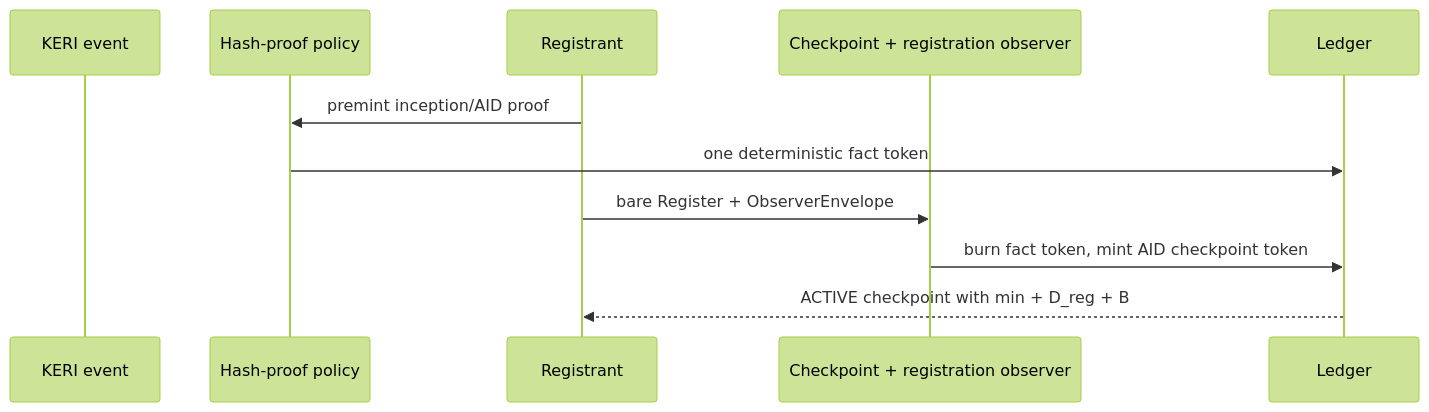
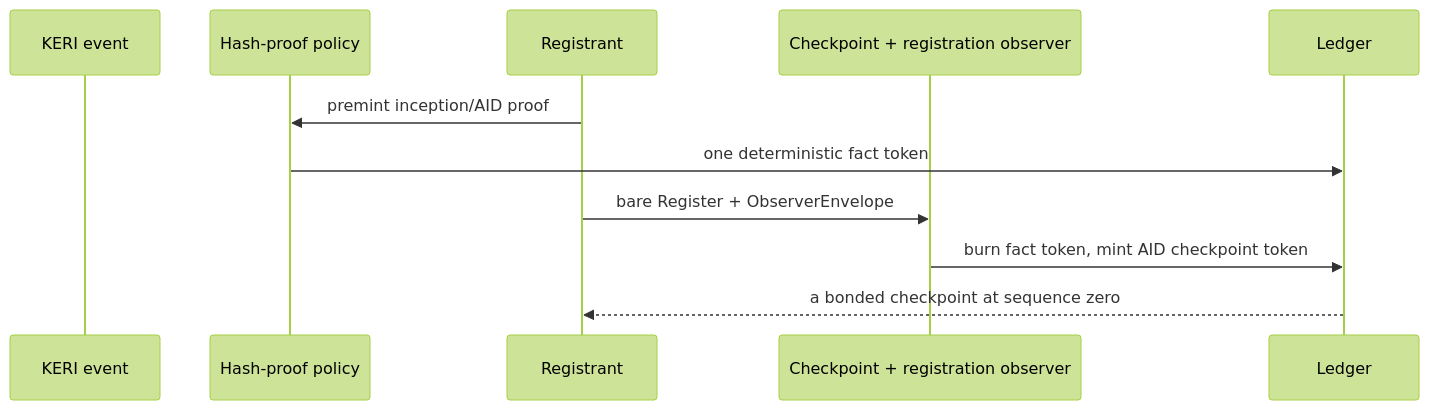
One commit to lambdasistemi/cardano-keri changed the second of 6 diagrams in docs/architecture/system.md. Above: the diagram before and after it, drawn with Mermaid (forest theme). The commit also changed other lines of this file and 2 other files, not shown here.

First line of the commit message:
docs(architecture): identity operations, overview and system rewritten

````diff
--- a/docs/architecture/system.md
+++ b/docs/architecture/system.md
@@ -70,14 +71,14 @@
 ```mermaid
 sequenceDiagram
     participant K as KERI event
     participant H as Hash-proof policy
     participant R as Registrant
     participant C as Checkpoint + registration observer
     participant L as Ledger
 
     R->>H: premint inception/AID proof
     H->>L: one deterministic fact token
     R->>C: bare Register + ObserverEnvelope
     C->>L: burn fact token, mint AID checkpoint token
-    L-->>R: ACTIVE checkpoint with min + D_reg + B
+    L-->>R: a bonded checkpoint at sequence zero
 ```
````
